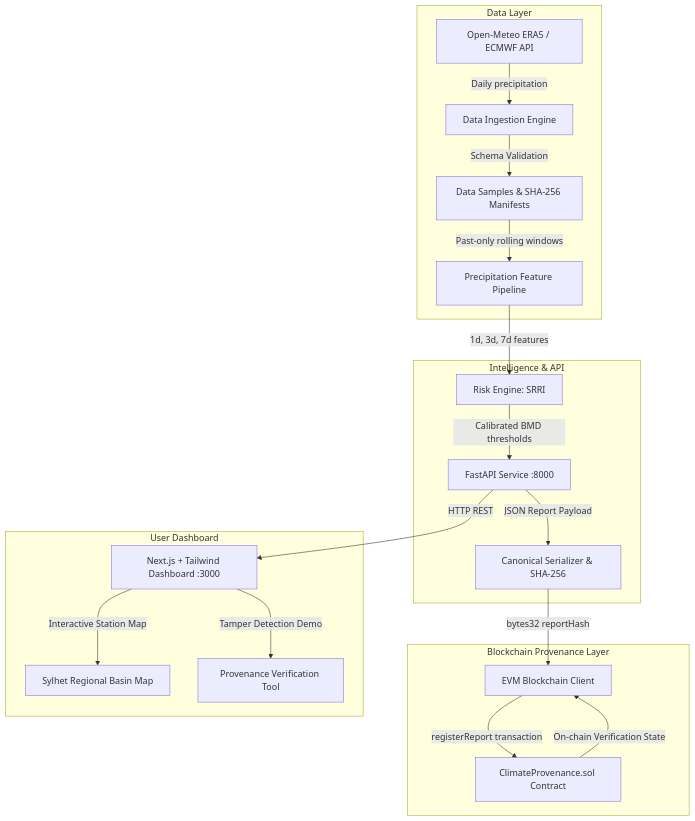
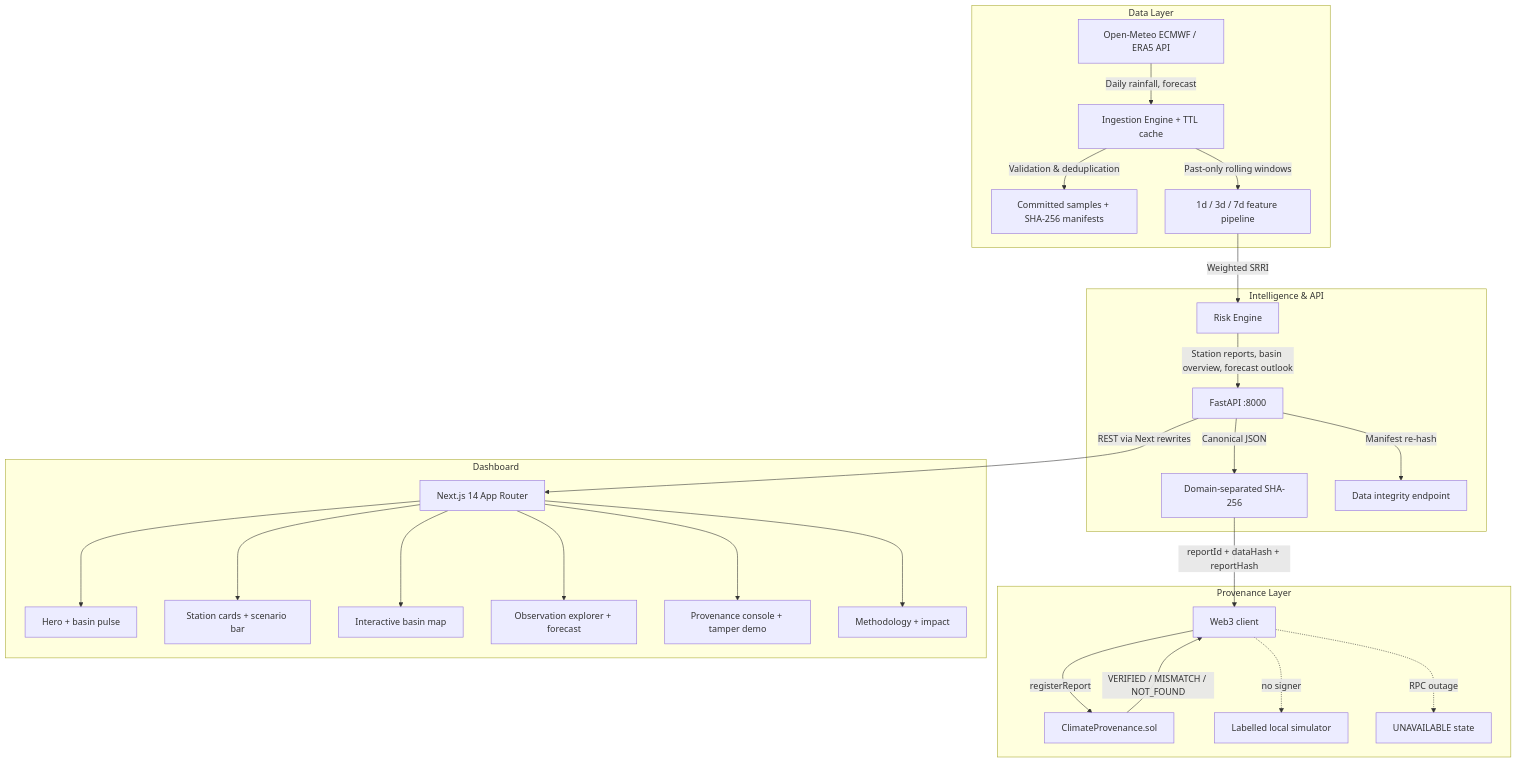
The diagram in docs/architecture.md (ragibcs/climatechain-bd), drawn with Mermaid before and after one commit. The commit also changed other lines of this file and 56 other files, not shown here.

Commit message:
feat: polish dashboard and harden provenance honesty

````diff
--- a/docs/architecture.md
+++ b/docs/architecture.md
@@ -7,26 +5,33 @@
 ```mermaid
 flowchart TD
     subgraph Data Layer
-        OM[Open-Meteo ERA5 / ECMWF API] -->|Daily precipitation| ING[Data Ingestion Engine]
-        ING -->|Schema Validation| MAN[Data Samples & SHA-256 Manifests]
-        MAN -->|Past-only rolling windows| FEAT[Precipitation Feature Pipeline]
+        OM[Open-Meteo ECMWF / ERA5 API] -->|Daily rainfall, forecast| ING[Ingestion Engine + TTL cache]
+        ING -->|Validation & deduplication| MAN[Committed samples + SHA-256 manifests]
+        ING -->|Past-only rolling windows| FEAT[1d / 3d / 7d feature pipeline]
     end
 
     subgraph Intelligence & API
-        FEAT -->|1d, 3d, 7d features| RE[Risk Engine: SRRI]
-        RE -->|Calibrated BMD thresholds| API[FastAPI Service :8000]
-        API -->|JSON Report Payload| CANON[Canonical Serializer & SHA-256]
+        FEAT -->|Weighted SRRI| RE[Risk Engine]
+        RE -->|Station reports, basin overview, forecast outlook| API[FastAPI :8000]
+        API -->|Canonical JSON| CANON[Domain-separated SHA-256]
+        API -->|Manifest re-hash| INT[Data integrity endpoint]
     end
 
-    subgraph Blockchain Provenance Layer
-        CANON -->|bytes32 reportHash| BC[EVM Blockchain Client]
-        BC -->|registerReport transaction| SC[ClimateProvenance.sol Contract]
-        SC -->|On-chain Verification State| BC
+    subgraph Provenance Layer
+        CANON -->|reportId + dataHash + reportHash| BC[Web3 client]
+        BC -->|registerReport| SC[ClimateProvenance.sol]
+        SC -->|VERIFIED / MISMATCH / NOT_FOUND| BC
+        BC -. no signer .-> SIM[Labelled local simulator]
+        BC -. RPC outage .-> UNAVAILABLE[UNAVAILABLE state]
     end
 
-    subgraph User Dashboard
-        API -->|HTTP REST| WEB[Next.js + Tailwind Dashboard :3000]
-        WEB -->|Interactive Station Map| MAP[Sylhet Regional Basin Map]
-        WEB -->|Tamper Detection Demo| VER[Provenance Verification Tool]
+    subgraph Dashboard
+        API -->|REST via Next rewrites| WEB[Next.js 14 App Router]
+        WEB --> HERO[Hero + basin pulse]
+        WEB --> STN[Station cards + scenario bar]
+        WEB --> MAP[Interactive basin map]
+        WEB --> OBS[Observation explorer + forecast]
+        WEB --> PROV[Provenance console + tamper demo]
+        WEB --> METH[Methodology + impact]
     end
 ```
````
